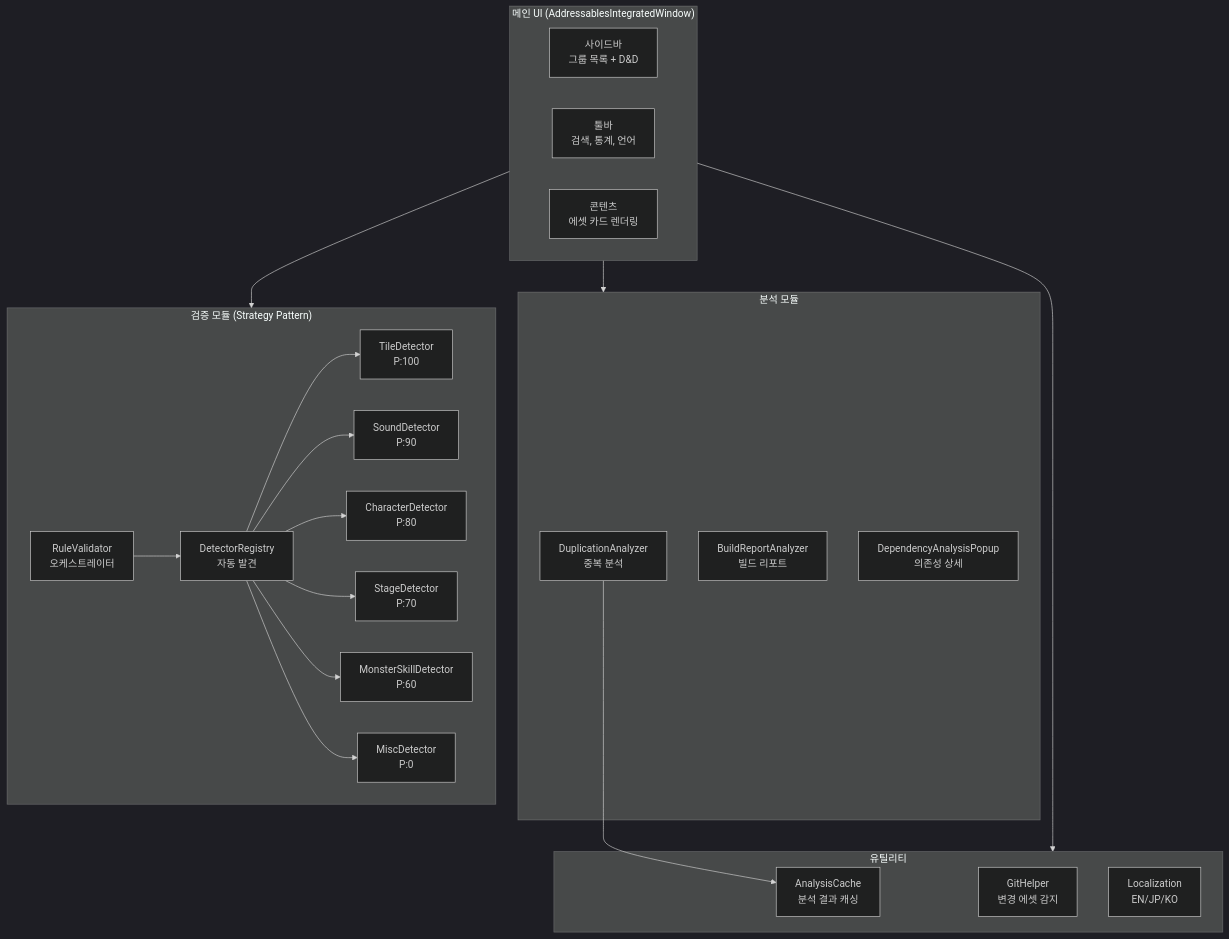
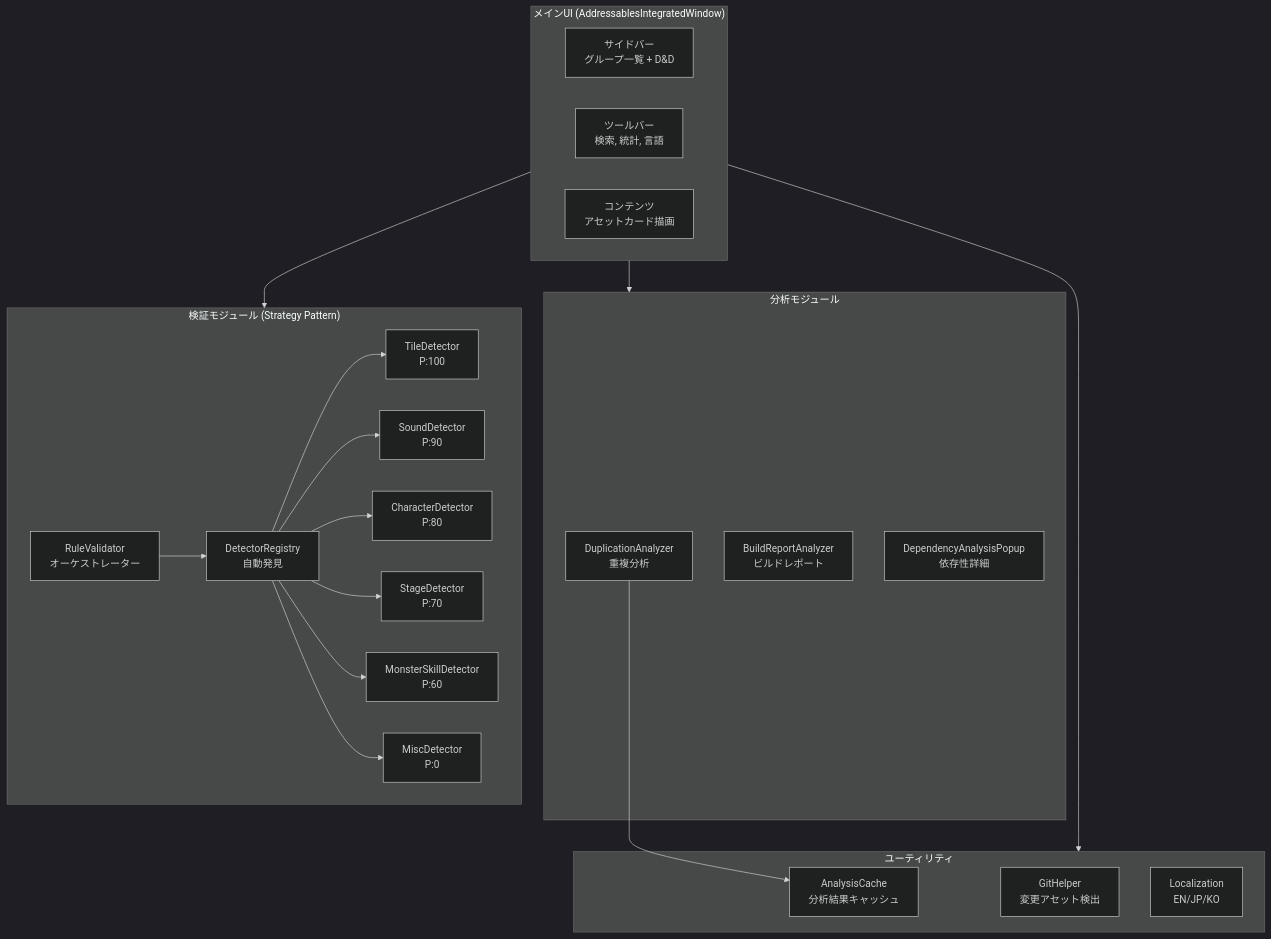
One commit to Epheria/Epheria.github.io changed the first of 2 diagrams in _posts/Unity/addressable/2026-02-18-AddressableCustomAnalyzer.ja.md. Above: the diagram before and after it, drawn with Mermaid (dark theme). The commit also changed other lines of this file and 6 other files, not shown here.

````diff
--- a/_posts/Unity/addressable/2026-02-18-AddressableCustomAnalyzer.ja.md
+++ b/_posts/Unity/addressable/2026-02-18-AddressableCustomAnalyzer.ja.md
@@ -76,38 +76,38 @@
 ```mermaid
 graph TB
-    subgraph UI["메인 UI (AddressablesIntegratedWindow)"]
-        Sidebar["사이드바<br/>그룹 목록 + D&D"]
-        Toolbar["툴바<br/>검색, 통계, 언어"]
-        Content["콘텐츠<br/>에셋 카드 렌더링"]
+    subgraph UI["メインUI (AddressablesIntegratedWindow)"]
+        Sidebar["サイドバー<br/>グループ一覧 + D&D"]
+        Toolbar["ツールバー<br/>検索, 統計, 言語"]
+        Content["コンテンツ<br/>アセットカード描画"]
     end
 
-    subgraph Analysis["분석 모듈"]
-        DupAnalyzer["DuplicationAnalyzer<br/>중복 분석"]
-        BuildReport["BuildReportAnalyzer<br/>빌드 리포트"]
-        DepPopup["DependencyAnalysisPopup<br/>의존성 상세"]
+    subgraph Analysis["分析モジュール"]
+        DupAnalyzer["DuplicationAnalyzer<br/>重複分析"]
+        BuildReport["BuildReportAnalyzer<br/>ビルドレポート"]
+        DepPopup["DependencyAnalysisPopup<br/>依存性詳細"]
     end
 
-    subgraph Validation["검증 모듈 (Strategy Pattern)"]
-        RuleValidator["RuleValidator<br/>오케스트레이터"]
-        Registry["DetectorRegistry<br/>자동 발견"]
+    subgraph Validation["検証モジュール (Strategy Pattern)"]
+        RuleValidator["RuleValidator<br/>オーケストレーター"]
+        Registry["DetectorRegistry<br/>自動発見"]
         Tile["TileDetector<br/>P:100"]
         Sound["SoundDetector<br/>P:90"]
         Char["CharacterDetector<br/>P:80"]
         Stage["StageDetector<br/>P:70"]
         Monster["MonsterSkillDetector<br/>P:60"]
         Misc["MiscDetector<br/>P:0"]
     end
 
-    subgraph Utils["유틸리티"]
-        Cache["AnalysisCache<br/>분석 결과 캐싱"]
-        Git["GitHelper<br/>변경 에셋 감지"]
+    subgraph Utils["ユーティリティ"]
+        Cache["AnalysisCache<br/>分析結果キャッシュ"]
+        Git["GitHelper<br/>変更アセット検出"]
         L10n["Localization<br/>EN/JP/KO"]
     end
 
     UI --> Analysis
     UI --> Validation
     UI --> Utils
     RuleValidator --> Registry
     Registry --> Tile & Sound & Char & Stage & Monster & Misc
     DupAnalyzer --> Cache
 ```
````
